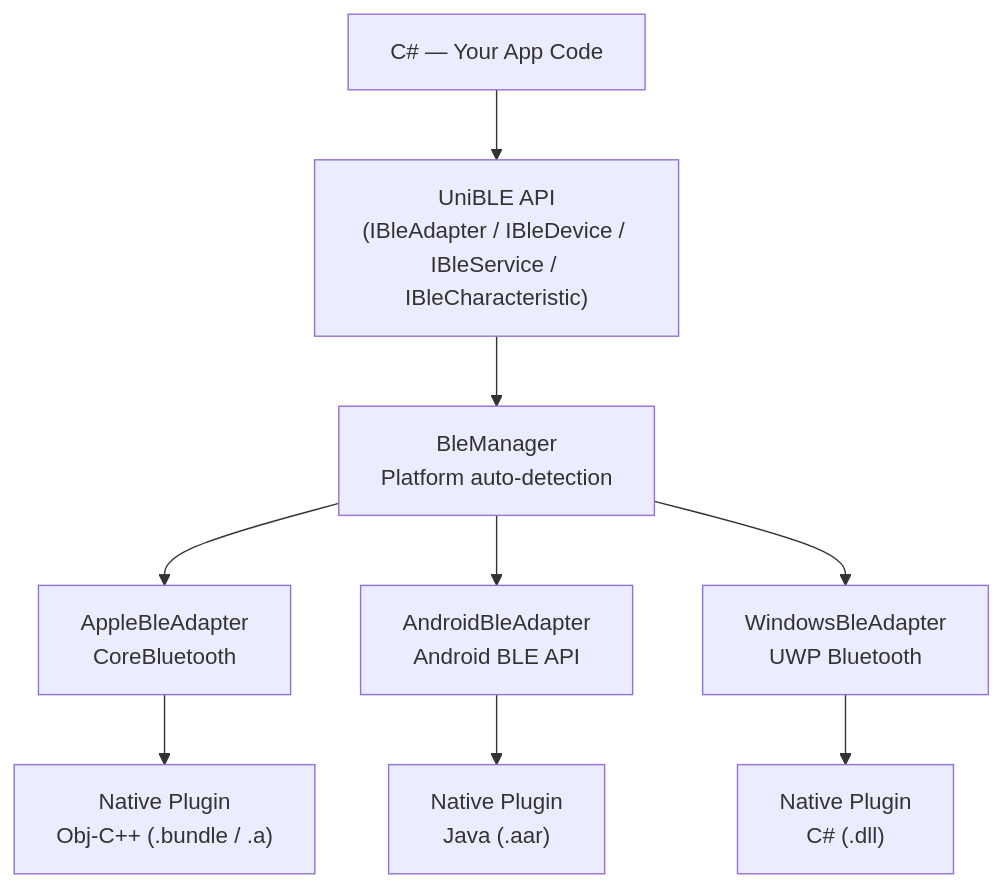
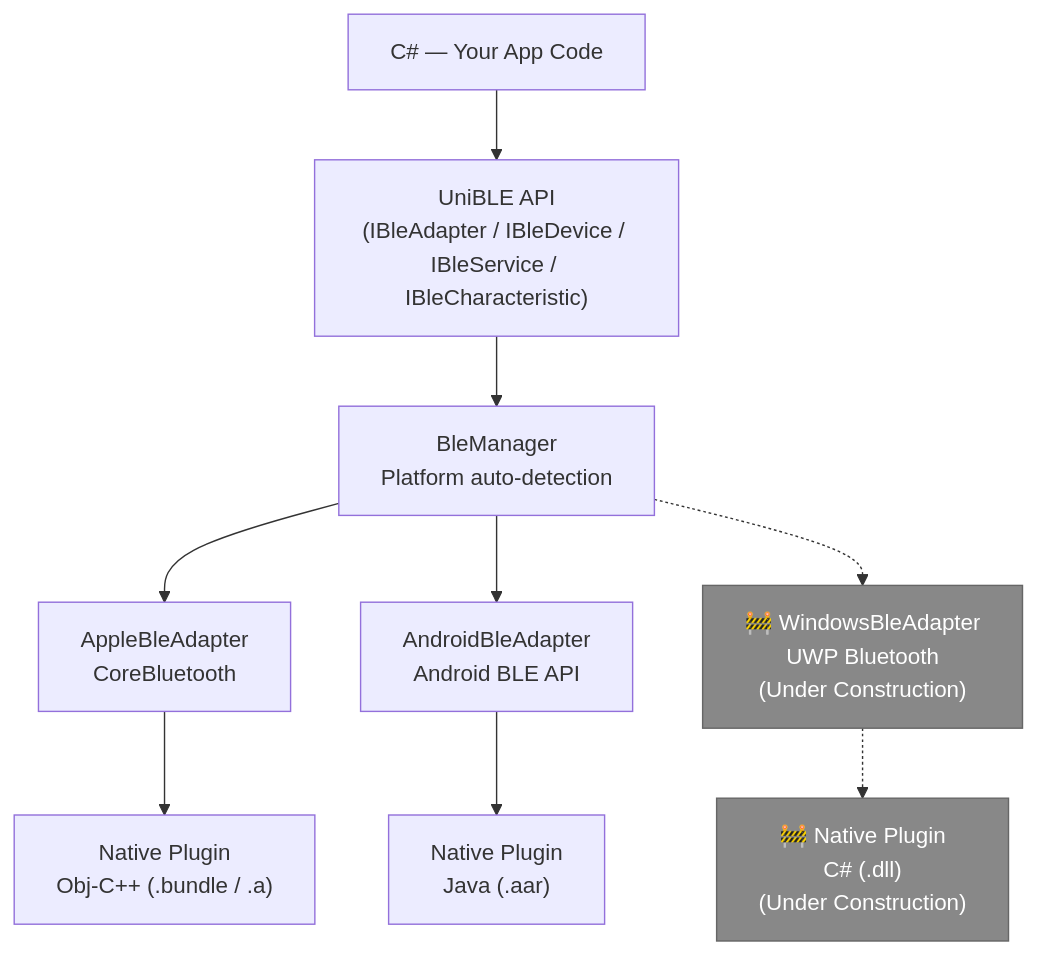
The diagram in README.md (yoshidan/UniBLE), drawn with Mermaid before and after one commit. The commit also changed other lines of this file, not shown here.

````diff
--- a/README.md
+++ b/README.md
@@ -13,11 +13,13 @@
 ```mermaid
 graph TD
     A["C# — Your App Code"] --> B["UniBLE API<br/>(IBleAdapter / IBleDevice / IBleService / IBleCharacteristic)"]
     B --> C["BleManager<br/>Platform auto-detection"]
     C --> D["AppleBleAdapter<br/>CoreBluetooth"]
     C --> E["AndroidBleAdapter<br/>Android BLE API"]
-    C --> F["WindowsBleAdapter<br/>UWP Bluetooth"]
+    C -.-> F["🚧 WindowsBleAdapter<br/>UWP Bluetooth<br/>(Under Construction)"]
     D --> G["Native Plugin<br/>Obj-C++ (.bundle / .a)"]
     E --> H["Native Plugin<br/>Java (.aar)"]
-    F --> I["Native Plugin<br/>C# (.dll)"]
+    F -.-> I["🚧 Native Plugin<br/>C# (.dll)<br/>(Under Construction)"]
+    style F fill:#888,stroke:#666,color:#fff
+    style I fill:#888,stroke:#666,color:#fff
 ```
````
